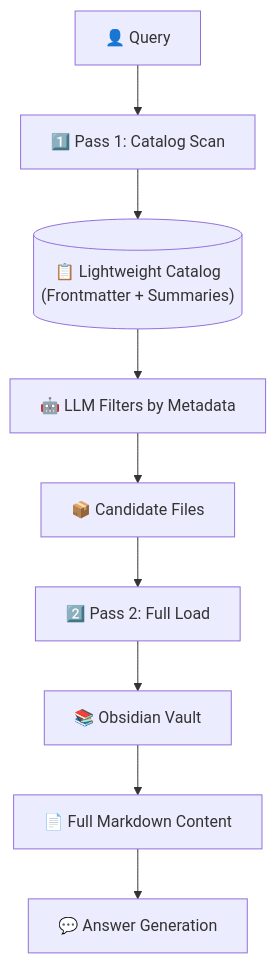
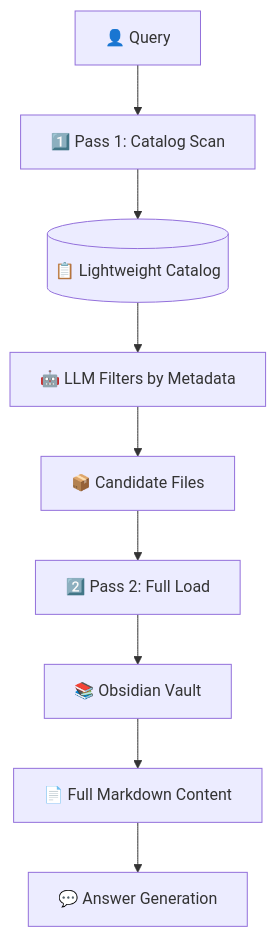
The tenth of 16 diagrams in Lecture 18 - Vectorless RAG and LLM Wiki/notes/Lecture_18_Complete_Notes.md (Amie-dev/FDE-and-GenAI-Mastery), drawn with Mermaid before and after one commit. The commit also changed other lines of this file and 6 other files, not shown here.

````diff
--- a/Lecture 18 - Vectorless RAG and LLM Wiki/notes/Lecture_18_Complete_Notes.md
+++ b/Lecture 18 - Vectorless RAG and LLM Wiki/notes/Lecture_18_Complete_Notes.md
@@ -372,12 +386,12 @@
 ```mermaid
 flowchart TD
     Q["👤 Query"]
     Q --> PASS1["1️⃣ Pass 1: Catalog Scan"]
-    PASS1 --> CATALOG[("📋 Lightweight Catalog\n(Frontmatter + Summaries)")]
+    PASS1 --> CATALOG[("📋 Lightweight Catalog")]
     CATALOG --> FILTER["🤖 LLM Filters by Metadata"]
     FILTER --> CANDIDATES["📦 Candidate Files"]
     CANDIDATES --> PASS2["2️⃣ Pass 2: Full Load"]
     PASS2 --> VAULT["📚 Obsidian Vault"]
     VAULT --> CONTENT["📄 Full Markdown Content"]
     CONTENT --> ANSWER["💬 Answer Generation"]
 ```
````
